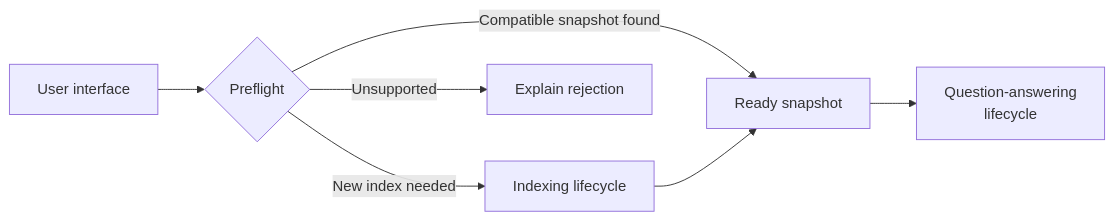
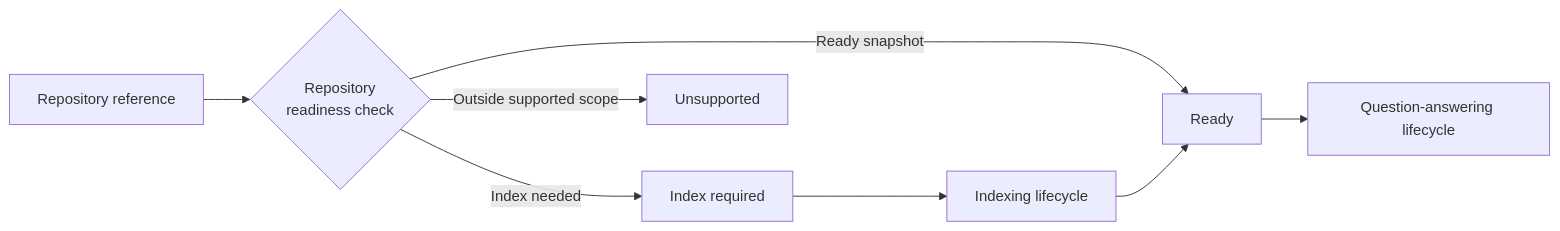
Before and after one commit to sophiatheofanidou/RepoRationale: the first of 4 diagrams in docs/architecture.md, drawn with Mermaid. The commit also changed other lines of this file and 18 other files, not shown here.

````diff
--- a/docs/architecture.md
+++ b/docs/architecture.md
@@ -27,9 +25,10 @@
 ```mermaid
 flowchart LR
-    UI[User interface] --> Preflight{Preflight}
-    Preflight -->|Compatible snapshot found| Ready[Ready snapshot]
-    Preflight -->|New index needed| Index[Indexing lifecycle]
+    Reference[Repository reference] --> Check{Repository<br/>readiness check}
+    Check -->|Ready snapshot| Ready[Ready]
+    Check -->|Index needed| Required[Index required]
+    Check -->|Outside supported scope| Unsupported[Unsupported]
+    Required --> Index[Indexing lifecycle]
     Index --> Ready
-    Preflight -->|Unsupported| Reject[Explain rejection]
-    Ready --> Ask[Question-answering<br/>lifecycle]
+    Ready --> Ask[Question-answering lifecycle]
 ```
````
